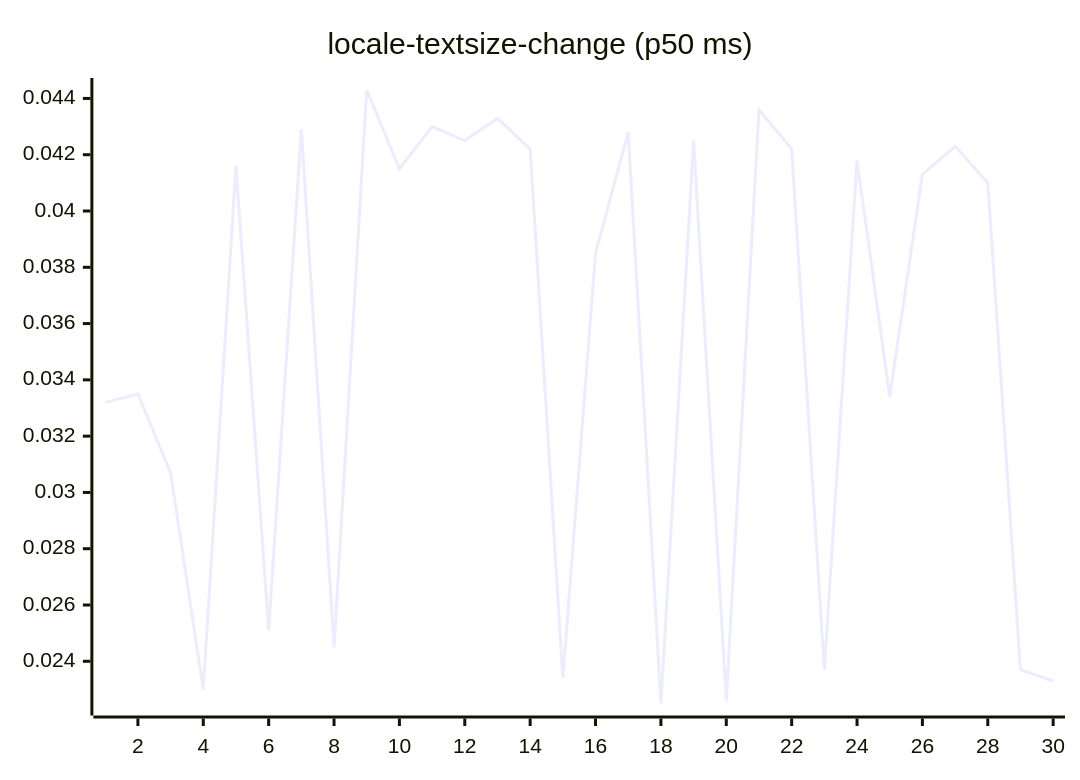
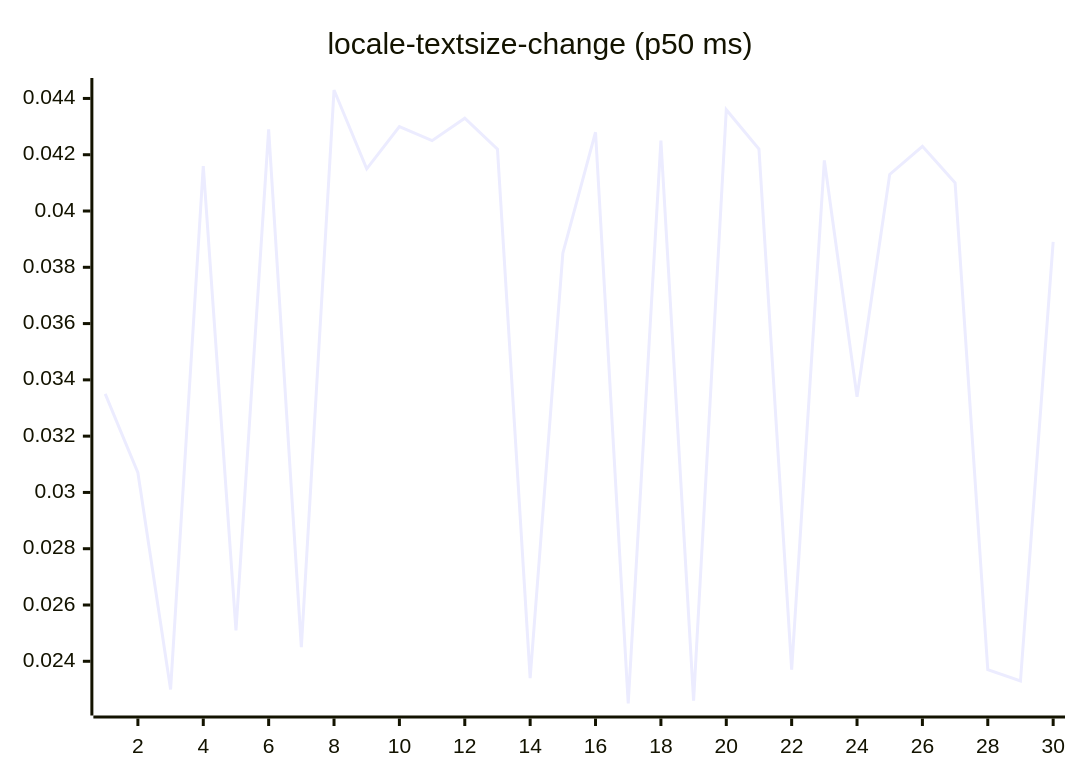
Before and after one commit to josha/Facet: diagram 13 of 27 in README.md, drawn with Mermaid. The commit also changed other lines of this file and 2 other files, not shown here.

````diff
--- a/README.md
+++ b/README.md
@@ -147,6 +147,6 @@
 ```mermaid
 xychart-beta
     title "locale-textsize-change (p50 ms)"
     x-axis 1 --> 30
-    line [0.0332, 0.0335, 0.0307, 0.0230, 0.0416, 0.0251, 0.0429, 0.0245, 0.0443, 0.0415, 0.0430, 0.0425, 0.0433, 0.0422, 0.0234, 0.0385, 0.0428, 0.0225, 0.0425, 0.0226, 0.0436, 0.0422, 0.0237, 0.0418, 0.0334, 0.0413, 0.0423, 0.0410, 0.0237, 0.0233]
+    line [0.0335, 0.0307, 0.0230, 0.0416, 0.0251, 0.0429, 0.0245, 0.0443, 0.0415, 0.0430, 0.0425, 0.0433, 0.0422, 0.0234, 0.0385, 0.0428, 0.0225, 0.0425, 0.0226, 0.0436, 0.0422, 0.0237, 0.0418, 0.0334, 0.0413, 0.0423, 0.0410, 0.0237, 0.0233, 0.0389]
 ```
````
